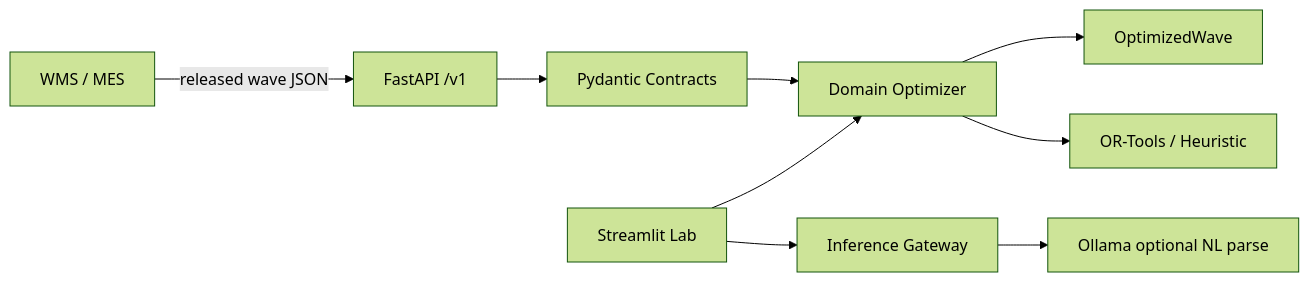
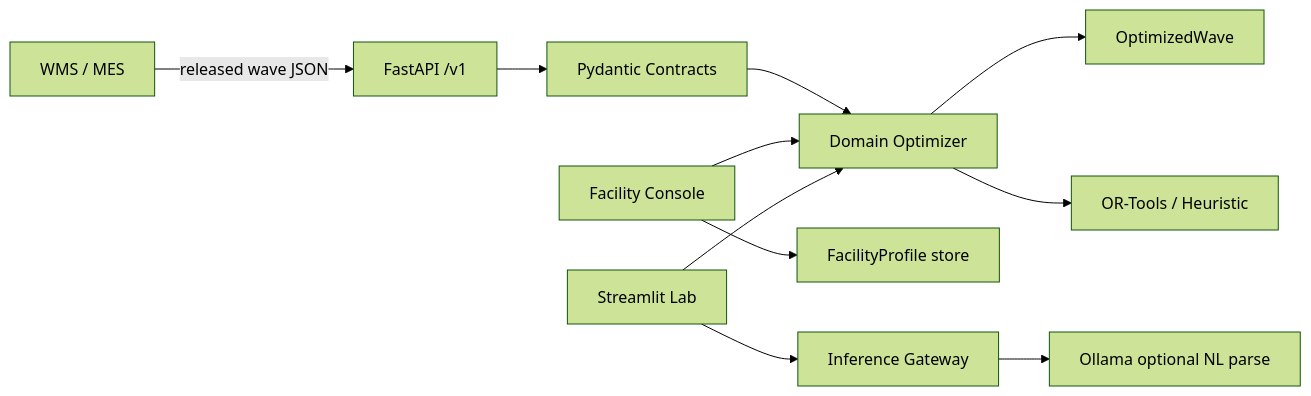
Before and after one commit to Muhib-Beekun/pickai: the diagram in README.md, drawn with Mermaid (forest theme). The commit also changed other lines of this file and 27 other files, not shown here.

Commit message:
feat: Facility Console with profile API, multi-resource tasks, and LoRA v2 eval

````diff
--- a/README.md
+++ b/README.md
@@ -127,11 +150,13 @@
 ```mermaid
 flowchart LR
   WMS[WMS / MES] -->|released wave JSON| API[FastAPI /v1]
   API --> Contracts[Pydantic Contracts]
   Contracts --> Domain[Domain Optimizer]
   Domain --> Result[OptimizedWave]
+  Console[Facility Console] --> Domain
+  Console --> Profile[FacilityProfile store]
   UI[Streamlit Lab] --> Domain
   UI --> Gateway[Inference Gateway]
   Gateway --> Ollama[Ollama optional NL parse]
   Domain --> ORTools[OR-Tools / Heuristic]
 ```
````
